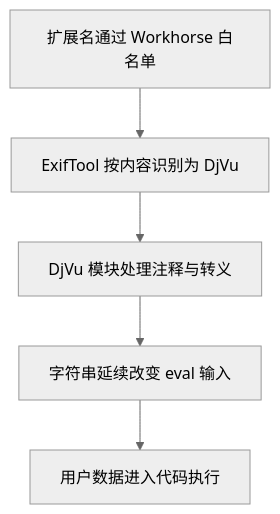
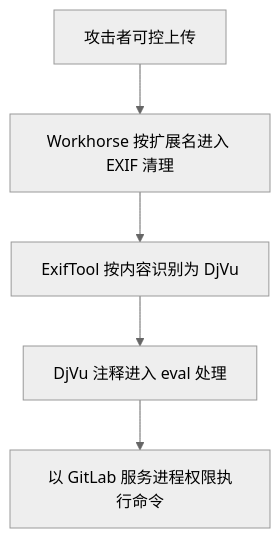
Before and after one commit to FeeiCN/FEEI.CN: the diagram in docs/01-网络安全/01-网络空间安全/01-安全威胁/02-攻击技术/命令执行/GitLab Exif RCE.md, drawn with Mermaid (neutral theme). The commit also changed other lines of this file and 1 other file, not shown here.

````diff
--- a/docs/01-网络安全/01-网络空间安全/01-安全威胁/02-攻击技术/命令执行/GitLab Exif RCE.md
+++ b/docs/01-网络安全/01-网络空间安全/01-安全威胁/02-攻击技术/命令执行/GitLab Exif RCE.md
@@ -14,7 +36,7 @@
 ```mermaid
 flowchart TD
-  extension["扩展名通过 Workhorse 白名单"] --> magic["ExifTool 按内容识别为 DjVu"]
-  magic --> annotation["DjVu 模块处理注释与转义"]
-  annotation --> continuation["字符串延续改变 eval 输入"]
-  continuation --> execute["用户数据进入代码执行"]
+  upload["攻击者可控上传"] --> extension["Workhorse 按扩展名进入 EXIF 清理"]
+  extension --> sniff["ExifTool 按内容识别为 DjVu"]
+  sniff --> eval["DjVu 注释进入 eval 处理"]
+  eval --> rce["以 GitLab 服务进程权限执行命令"]
 ```
````
